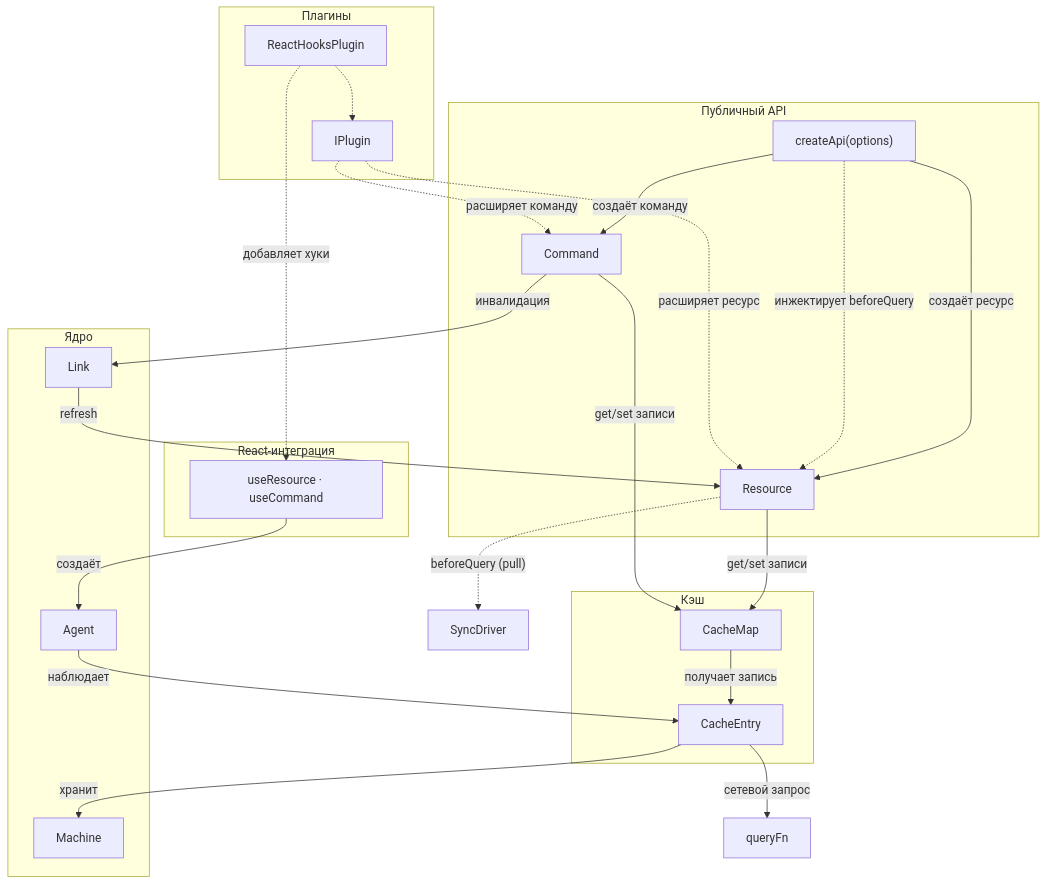
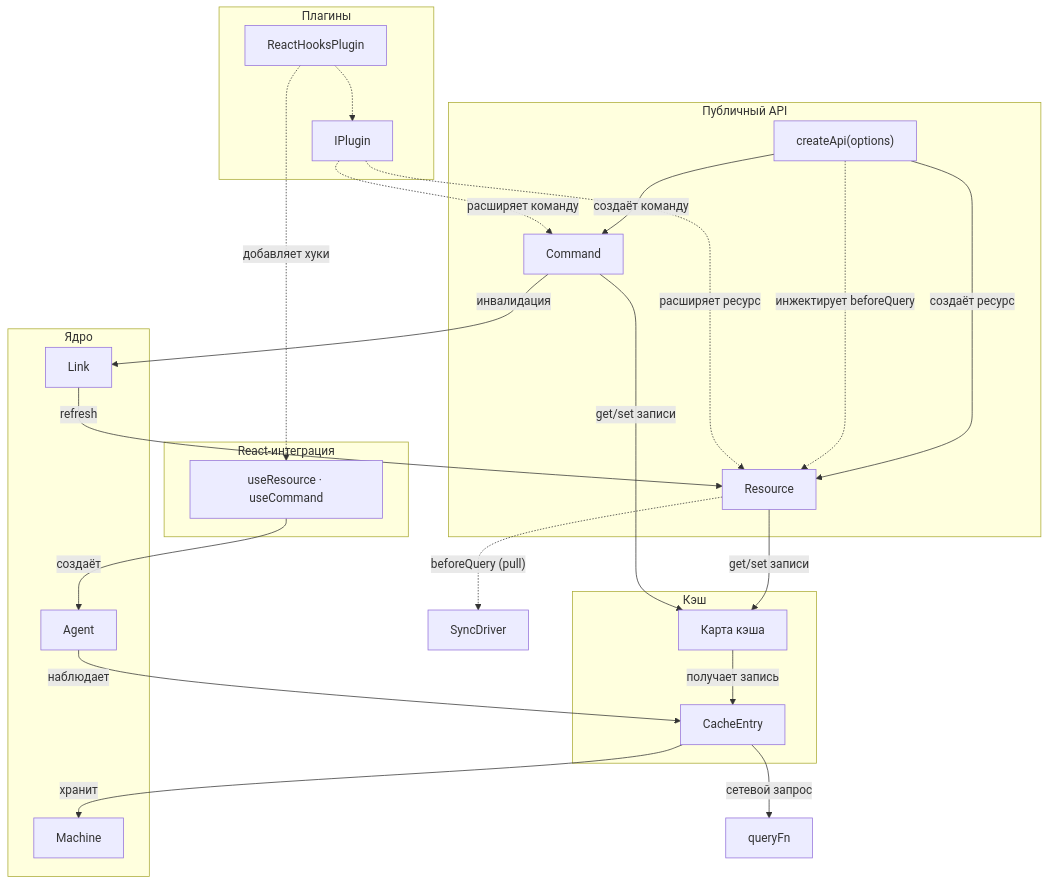
The diagram in docs/query/concepts/architecture.md (fozy-labs/rx-toolkit), drawn with Mermaid before and after one commit. The commit also changed other lines of this file and 6 other files, not shown here.

First line of the commit message:
refactor(query): drop ICacheMap type and CacheMap naming from cache surface

````diff
--- a/docs/query/concepts/architecture.md
+++ b/docs/query/concepts/architecture.md
@@ -9,54 +9,54 @@
 ```mermaid
 graph TD
     subgraph api ["Публичный API"]
         CREATE_API["createApi(options)"]
         RES["Resource"]
         CMD["Command"]
     end
 
     subgraph cache ["Кэш"]
-        CMAP["CacheMap"]
+        CMAP["Карта кэша"]
         ENTRY["CacheEntry"]
     end
 
     subgraph core ["Ядро"]
         MACHINE["Machine"]
         AGENT["Agent"]
         LINK["Link"]
     end
 
     subgraph plugins ["Плагины"]
         IPLUG["IPlugin"]
         REACT_PLG["ReactHooksPlugin"]
     end
 
     subgraph react ["React-интеграция"]
         HOOKS["useResource · useCommand"]
     end
 
     QUERYFN["queryFn"]
     SYNC["SyncDriver"]
 
     CREATE_API -- "создаёт ресурс" --> RES
     CREATE_API -- "создаёт команду" --> CMD
     CREATE_API -. "инжектирует beforeQuery" .-> RES
 
     REACT_PLG -.-> IPLUG
     IPLUG -. "расширяет ресурс" .-> RES
     IPLUG -. "расширяет команду" .-> CMD
     REACT_PLG -. "добавляет хуки" .-> HOOKS
 
     RES -- "get/set записи" --> CMAP
     CMD -- "get/set записи" --> CMAP
     CMAP -- "получает запись" --> ENTRY
     ENTRY -- "хранит" --> MACHINE
     ENTRY -- "сетевой запрос" --> QUERYFN
 
     CMD -- "инвалидация" --> LINK
     LINK -- "refresh" --> RES
 
     RES -. "beforeQuery (pull)" .-> SYNC
 
     HOOKS -- "создаёт" --> AGENT
     AGENT -- "наблюдает" --> ENTRY
 ```
````
